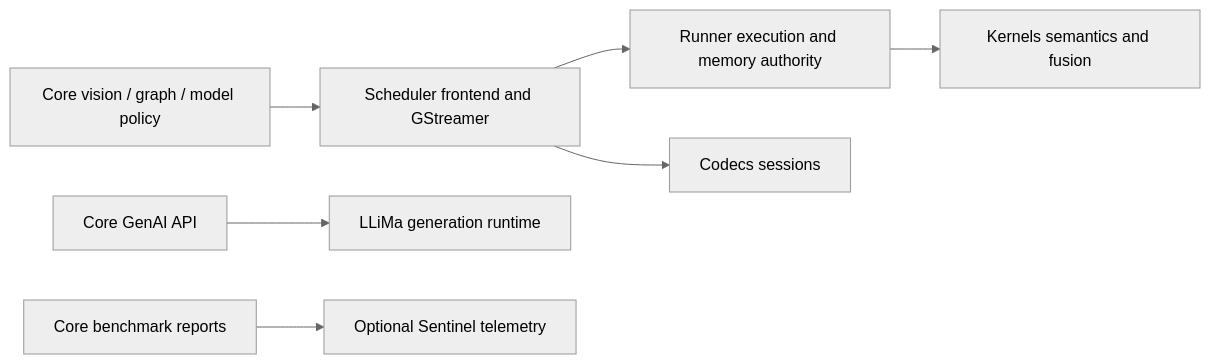
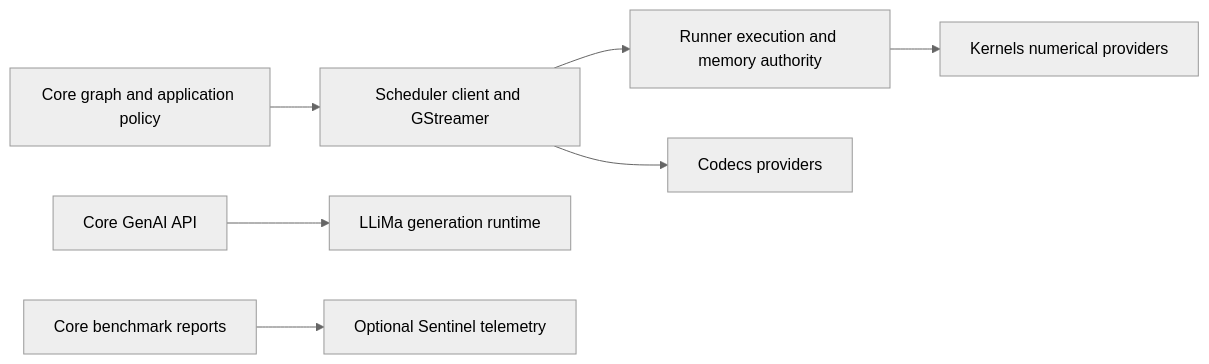
Before and after one commit to sima-neat/core: the diagram in docs/develop-apps/contribute/start-here/architecture.md, drawn with Mermaid (neutral theme). The commit also changed other lines of this file and 12 other files, not shown here.

Commit message:
Update split-stack status and consolidate the architecture reference

````diff
--- a/docs/develop-apps/contribute/start-here/architecture.md
+++ b/docs/develop-apps/contribute/start-here/architecture.md
@@ -2301,9 +22,9 @@
 ```mermaid
 flowchart LR
-  Vision[Core vision / graph / model policy] --> Scheduler[Scheduler frontend and GStreamer]
-  Scheduler --> Runner[Runner execution and memory authority]
-  Runner --> Kernels[Kernels semantics and fusion]
-  Scheduler --> Codecs[Codecs sessions]
-  GenAI[Core GenAI API] --> LLiMa[LLiMa generation runtime]
-  Benchmark[Core benchmark reports] --> Sentinel[Optional Sentinel telemetry]
+    Core[Core graph and application policy] --> Scheduler[Scheduler client and GStreamer]
+    Scheduler --> Runner[Runner execution and memory authority]
+    Runner --> Kernels[Kernels numerical providers]
+    Scheduler --> Codecs[Codecs providers]
+    GenAI[Core GenAI API] --> LLiMa[LLiMa generation runtime]
+    Benchmark[Core benchmark reports] --> Sentinel[Optional Sentinel telemetry]
 ```
````
